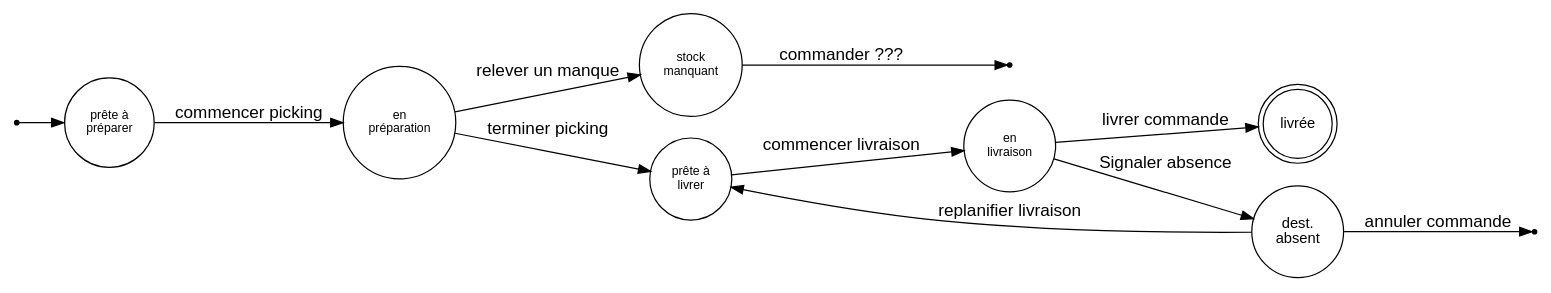
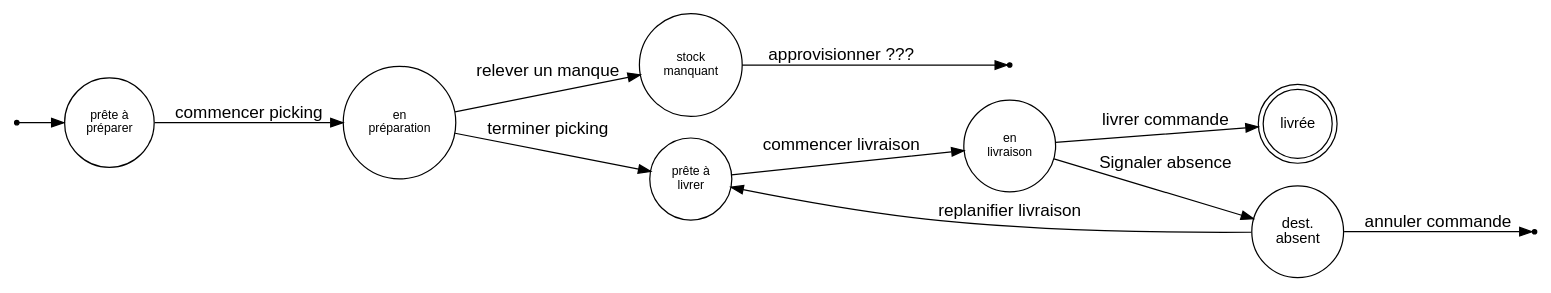
One commit to Floby/article-les-statuts-ca-pue changed the diagram in graphs/errors.gv. Above: the diagram before and after it, drawn with Graphviz. The commit also changed 2 other files, not shown here.

```diff
--- a/graphs/errors.gv
+++ b/graphs/errors.gv
@@ -1,30 +1,30 @@
 
 digraph finite_state_machine {
     rankdir=LR;
     graph [fontname = "arial"];
     node [fontname = "arial"];
     edge [fontname = "arial"];
 
     node [shape = point ] ready;
     node [shape = point ] buy;
     node [shape = point ] abort;
 
     node [shape = circle, label="prête à\npréparer", fontsize=10] waiting_picking;
     node [shape = circle, label="en\npréparation", fontsize=10] picking ;
     node [shape = circle, label="stock\nmanquant", fontsize=10] no_stock ;
     node [shape = circle, label="prête à\nlivrer", fontsize=10] waiting_delivery;
     node [shape = circle, label="en\nlivraison", fontsize=10] delivering ;
     node [shape = doublecircle, label="livrée", fontsize=12] done;
     node [shape = circle, label="dest.\nabsent", fontsize=12] no_one_home;
 
     ready -> waiting_picking;
     waiting_picking -> picking [label = "commencer picking"] ;
     picking -> waiting_delivery [label = "terminer picking"] ;
     picking -> no_stock [label = "relever un manque"] ;
-    no_stock -> buy [label = "commander ???"] ;
+    no_stock -> buy [label = "approvisionner ???"] ;
     waiting_delivery -> delivering [label = "commencer livraison"];
     delivering -> done [label = "livrer commande"] ;
     delivering -> no_one_home [label = "Signaler absence"] ;
     no_one_home -> waiting_delivery [label = "replanifier livraison"] ;
     no_one_home -> abort [label = "annuler commande"] ;
 }
```
